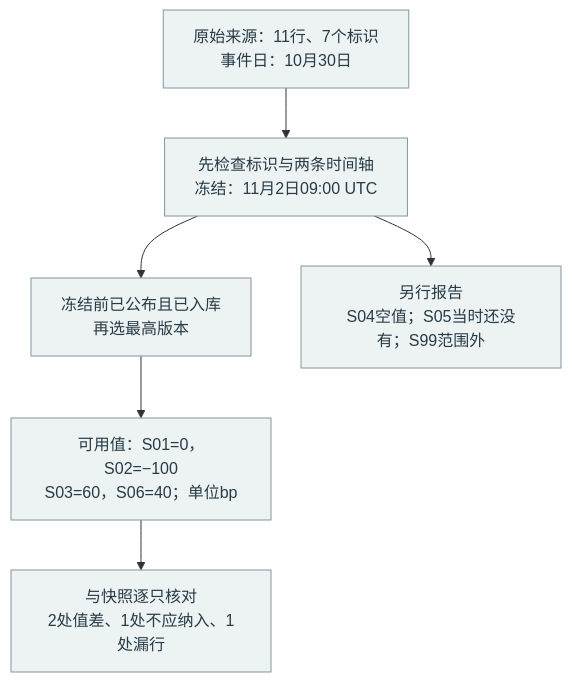
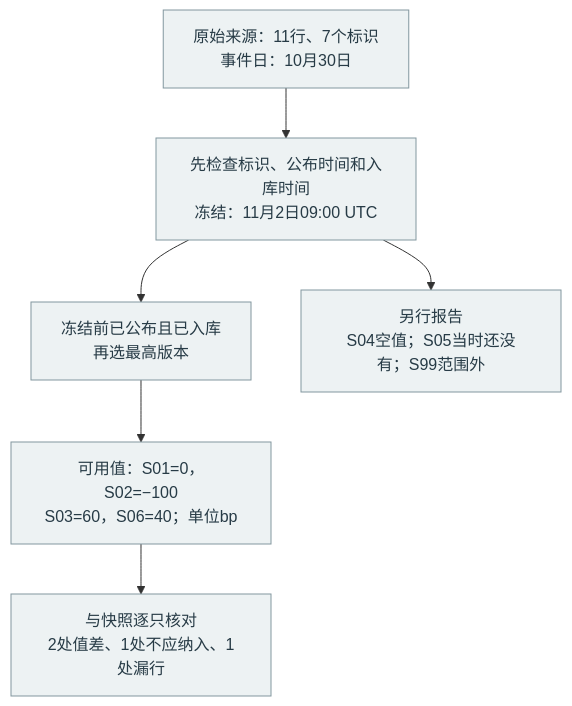
Before and after one commit to HengYangDS/rethinking-work: the diagram in diagrams/reconcile.mmd, drawn with Mermaid. The commit also changed 53 other files, not shown here.

```diff
--- a/diagrams/reconcile.mmd
+++ b/diagrams/reconcile.mmd
@@ -1,8 +1,8 @@
 flowchart TD
- A["原始来源：11行、7个标识<br/>事件日：10月30日"] --> B["先检查标识与两条时间轴<br/>冻结：11月2日09:00 UTC"]
+ A["原始来源：11行、7个标识<br/>事件日：10月30日"] --> B["先检查标识、公布时间和入库时间<br/>冻结：11月2日09:00 UTC"]
  B --> C["冻结前已公布且已入库<br/>再选最高版本"]
  C --> D["可用值：S01=0，S02=−100<br/>S03=60，S06=40；单位bp"]
  D --> E["与快照逐只核对<br/>2处值差、1处不应纳入、1处漏行"]
  B --> Q["另行报告<br/>S04空值；S05当时还没有；S99范围外"]
 classDef base fill:#edf2f3,stroke:#82979f,color:#273b46,stroke-width:1px;
 class A,B,C,D,E,Q base;
```
